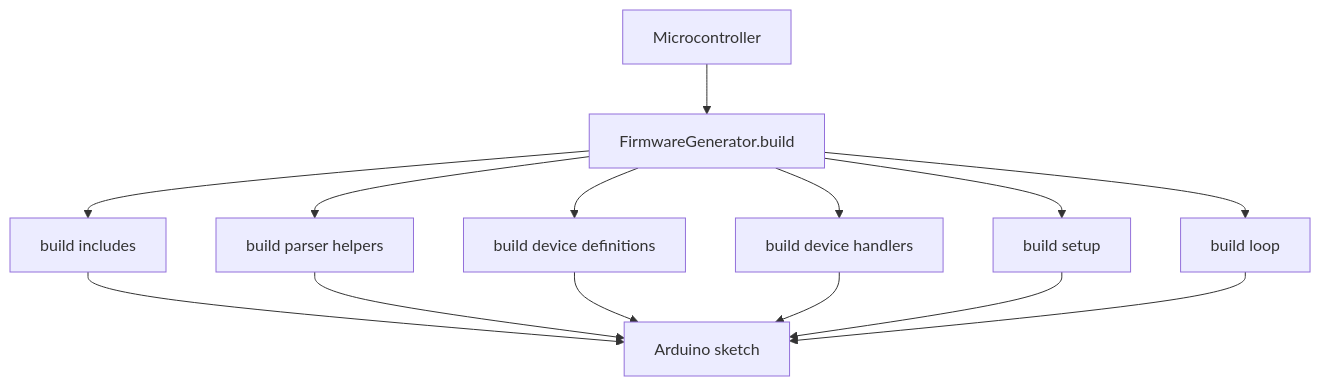
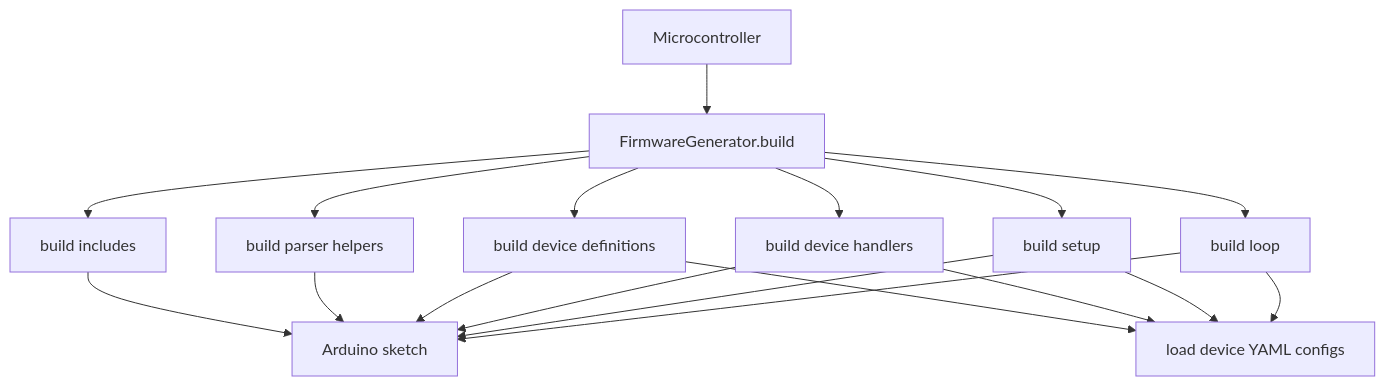
Before and after one commit to BaronLiu1993/gerbera: the diagram in src/gerbera_sdk/firmware/README.md, drawn with Mermaid. The commit also changed other lines of this file and 26 other files, not shown here.

Commit message:
converting device firmware builder classes into yaml files with a dedicated builder base class

````diff
--- a/src/gerbera_sdk/firmware/README.md
+++ b/src/gerbera_sdk/firmware/README.md
@@ -45,16 +45,20 @@
 ```mermaid
 flowchart TD
     A[Microcontroller] --> B[FirmwareGenerator.build]
     B --> C[build includes]
     B --> D[build parser helpers]
     B --> E[build device definitions]
     B --> F[build device handlers]
     B --> G[build setup]
     B --> H[build loop]
+    E --> J[load device YAML configs]
+    F --> J
+    G --> J
+    H --> J
     C --> I[Arduino sketch]
     D --> I
     E --> I
     F --> I
     G --> I
     H --> I
 ```
````
